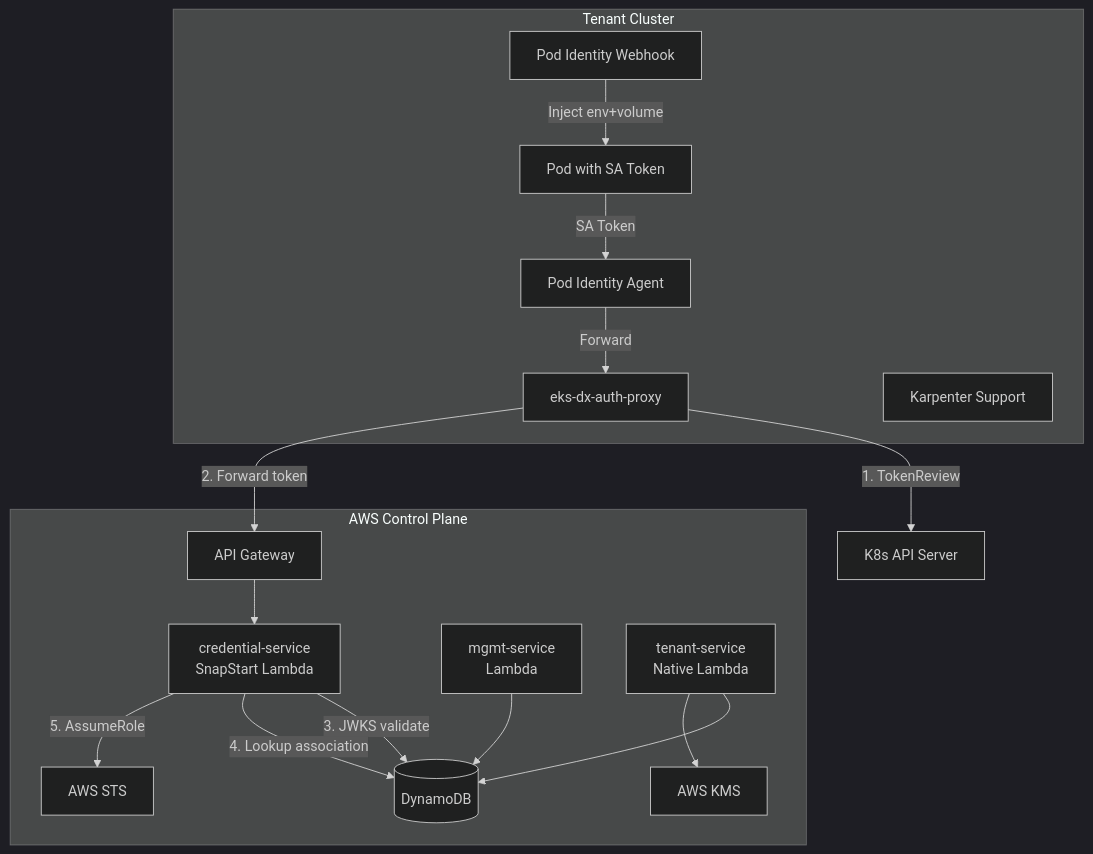
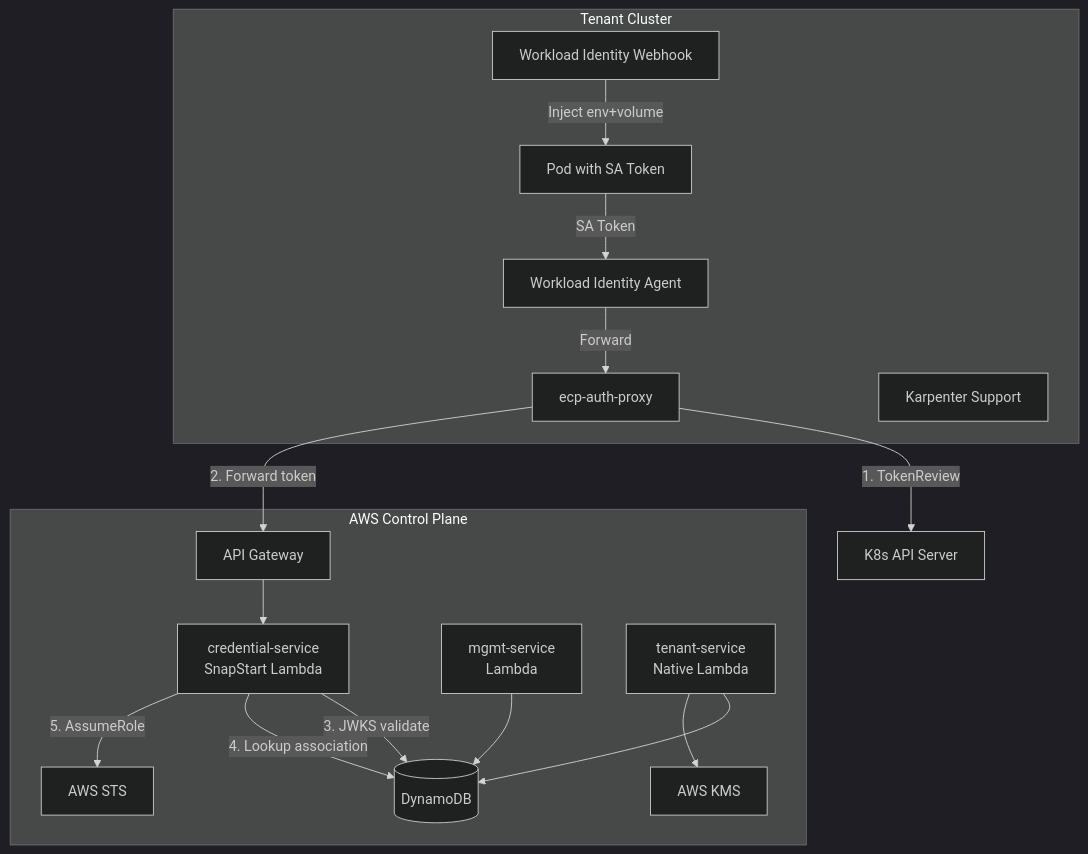
The first of 2 diagrams in .agents/summary/architecture.md (plasticity-of-cloud/express-compute-control-plane), drawn with Mermaid (dark theme) before and after one commit. The commit also changed other lines of this file and 60 other files, not shown here.

````diff
--- a/.agents/summary/architecture.md
+++ b/.agents/summary/architecture.md
@@ -7,34 +7,34 @@
 ```mermaid
 graph TB
     subgraph "Tenant Cluster"
         Pod[Pod with SA Token]
-        Agent[Pod Identity Agent]
-        Proxy[eks-dx-auth-proxy]
-        Webhook[Pod Identity Webhook]
+        Agent[Workload Identity Agent]
+        Proxy[ecp-auth-proxy]
+        Webhook[Workload Identity Webhook]
         Karpenter[Karpenter Support]
     end
 
     subgraph "AWS Control Plane"
         APIGW[API Gateway]
         CredSvc[credential-service<br/>SnapStart Lambda]
         MgmtSvc[mgmt-service<br/>Lambda]
         TenantSvc[tenant-service<br/>Native Lambda]
         DDB[(DynamoDB)]
         STS[AWS STS]
         KMS[AWS KMS]
     end
 
     Pod -->|SA Token| Agent
     Agent -->|Forward| Proxy
     Proxy -->|1. TokenReview| K8sAPI[K8s API Server]
     Proxy -->|2. Forward token| APIGW
     APIGW --> CredSvc
     CredSvc -->|3. JWKS validate| DDB
     CredSvc -->|4. Lookup association| DDB
     CredSvc -->|5. AssumeRole| STS
     Webhook -->|Inject env+volume| Pod
 
     MgmtSvc --> DDB
     TenantSvc --> DDB
     TenantSvc --> KMS
 ```
````
